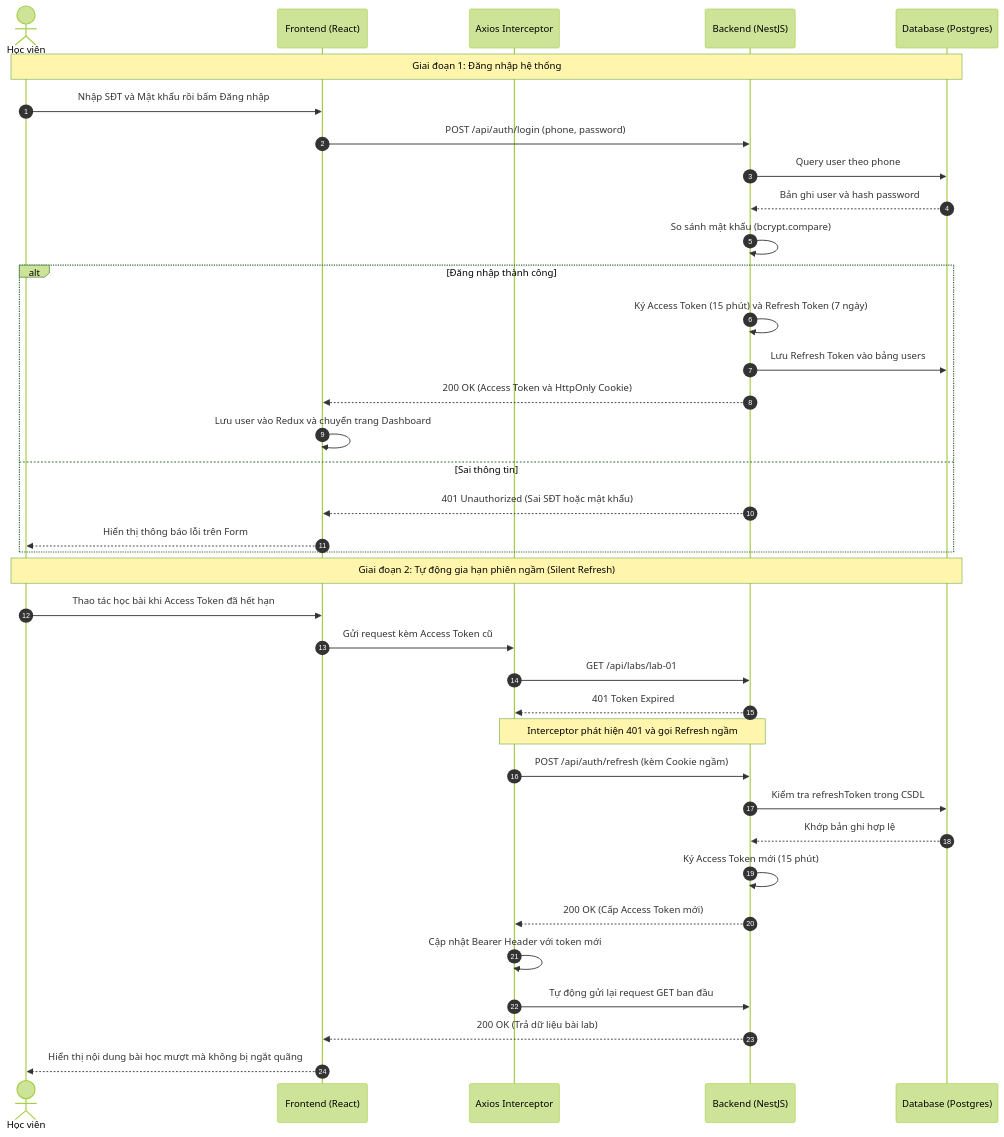
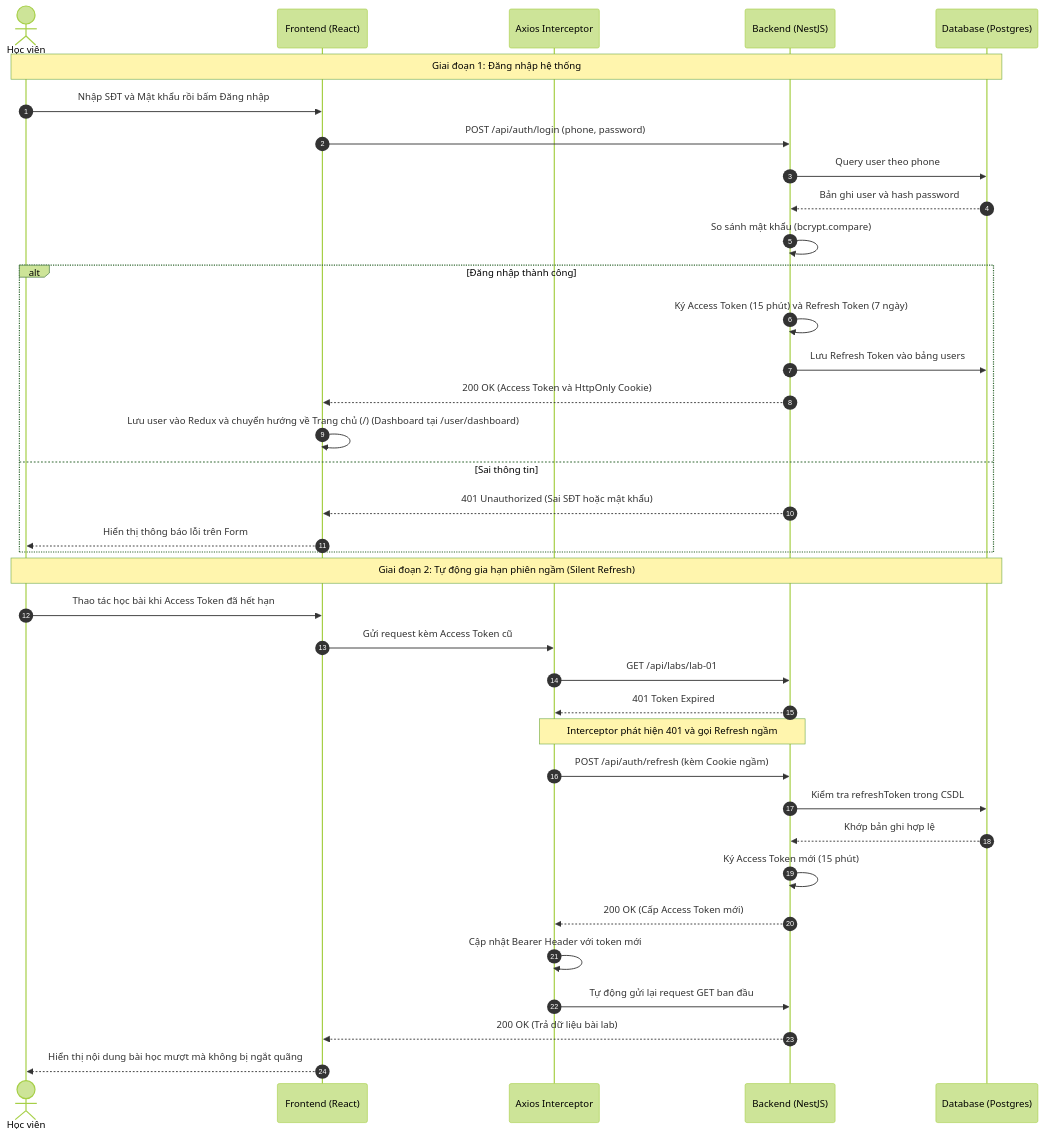
Before and after one commit to NguyenKhanhDuy2703/project_education: the diagram in docs/workflows/01-auth-and-session.md, drawn with Mermaid (forest theme). The commit also changed 14 other files, not shown here.

Commit message:
feat(fe): PB-05 redesign homepage and refine auth redirect flow

````diff
--- a/docs/workflows/01-auth-and-session.md
+++ b/docs/workflows/01-auth-and-session.md
@@ -36,44 +36,44 @@
 ```mermaid
 sequenceDiagram
     autonumber
     actor User as Học viên
     participant FE as Frontend (React)
     participant Axios as Axios Interceptor
     participant BE as Backend (NestJS)
     participant DB as Database (Postgres)
 
     Note over User, DB: Giai đoạn 1: Đăng nhập hệ thống
     User->>FE: Nhập SĐT và Mật khẩu rồi bấm Đăng nhập
     FE->>BE: POST /api/auth/login (phone, password)
     BE->>DB: Query user theo phone
     DB-->>BE: Bản ghi user và hash password
     BE->>BE: So sánh mật khẩu (bcrypt.compare)
 
     alt Đăng nhập thành công
         BE->>BE: Ký Access Token (15 phút) và Refresh Token (7 ngày)
         BE->>DB: Lưu Refresh Token vào bảng users
         BE-->>FE: 200 OK (Access Token và HttpOnly Cookie)
-        FE->>FE: Lưu user vào Redux và chuyển trang Dashboard
+        FE->>FE: Lưu user vào Redux và chuyển hướng về Trang chủ (/) (Dashboard tại /user/dashboard)
     else Sai thông tin
         BE-->>FE: 401 Unauthorized (Sai SĐT hoặc mật khẩu)
         FE-->>User: Hiển thị thông báo lỗi trên Form
     end
 
     Note over User, DB: Giai đoạn 2: Tự động gia hạn phiên ngầm (Silent Refresh)
     User->>FE: Thao tác học bài khi Access Token đã hết hạn
     FE->>Axios: Gửi request kèm Access Token cũ
     Axios->>BE: GET /api/labs/lab-01
     BE-->>Axios: 401 Token Expired
     
     Note over Axios, BE: Interceptor phát hiện 401 và gọi Refresh ngầm
     Axios->>BE: POST /api/auth/refresh (kèm Cookie ngầm)
     BE->>DB: Kiểm tra refreshToken trong CSDL
     DB-->>BE: Khớp bản ghi hợp lệ
     BE->>BE: Ký Access Token mới (15 phút)
     BE-->>Axios: 200 OK (Cấp Access Token mới)
     
     Axios->>Axios: Cập nhật Bearer Header với token mới
     Axios->>BE: Tự động gửi lại request GET ban đầu
     BE-->>FE: 200 OK (Trả dữ liệu bài lab)
     FE-->>User: Hiển thị nội dung bài học mượt mà không bị ngắt quãng
 ```
````
